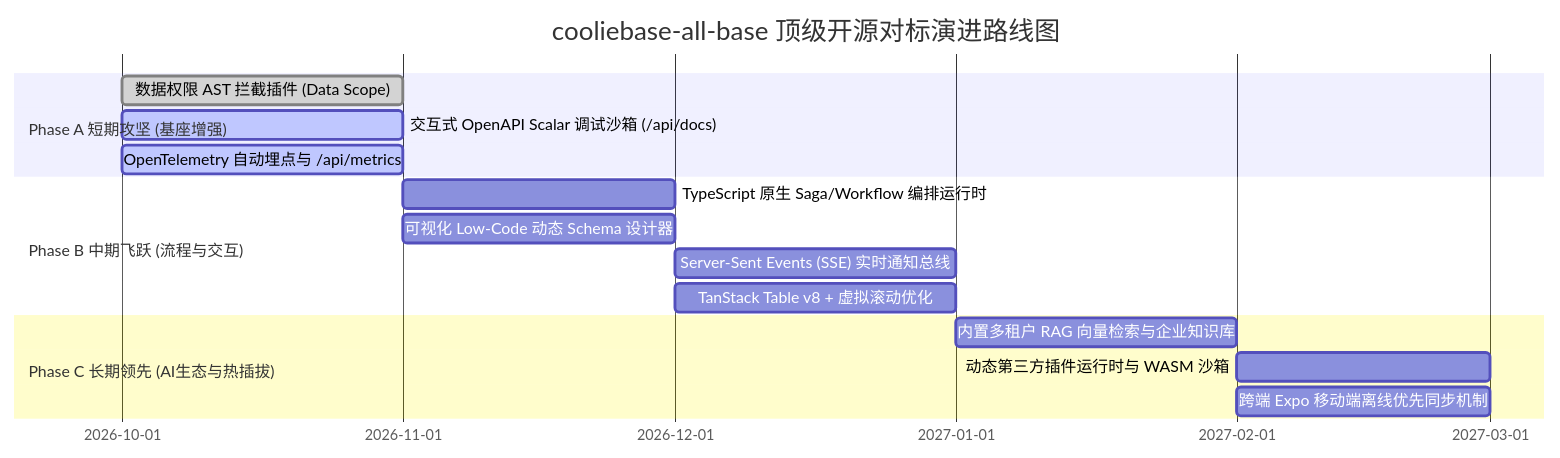
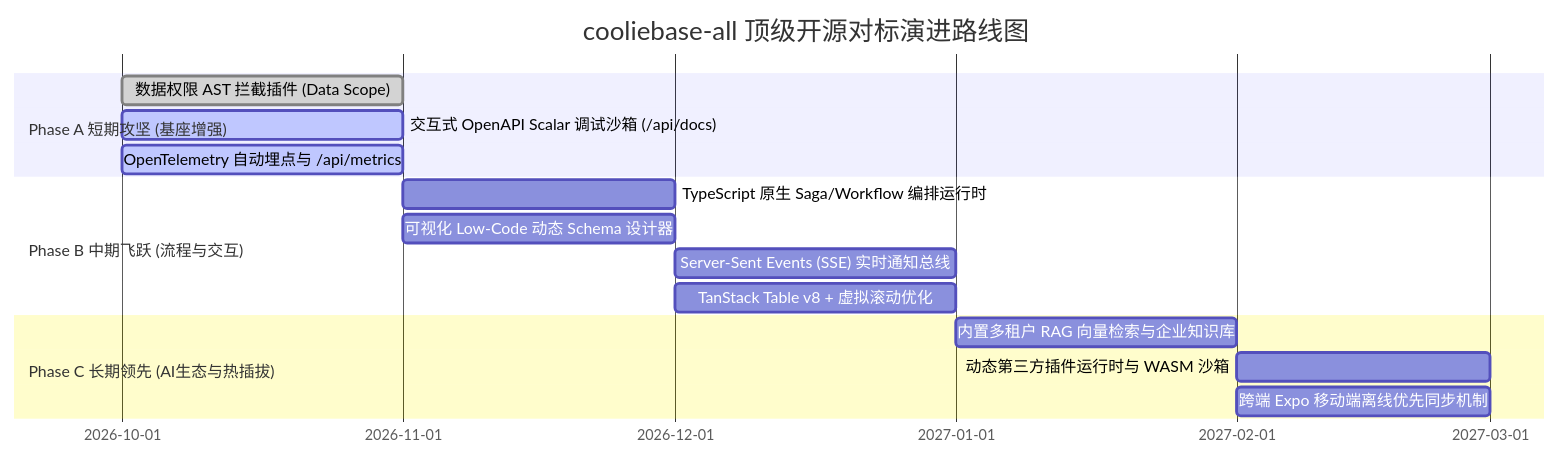
Before and after one commit to xaicd/cooliebase-all: the second of 2 diagrams in docs/architecture/BENCHMARK-GAP-ANALYSIS-AND-CONTINUOUS-IMPROVEMENT.md, drawn with Mermaid. The commit also changed other lines of this file and 188 other files, not shown here.

````diff
--- a/docs/architecture/BENCHMARK-GAP-ANALYSIS-AND-CONTINUOUS-IMPROVEMENT.md
+++ b/docs/architecture/BENCHMARK-GAP-ANALYSIS-AND-CONTINUOUS-IMPROVEMENT.md
@@ -118,18 +118,18 @@
 ```mermaid
 gantt
-    title cooliebase-all-base 顶级开源对标演进路线图
+    title cooliebase-all 顶级开源对标演进路线图
     dateFormat  YYYY-MM
     section Phase A 短期攻坚 (基座增强)
     数据权限 AST 拦截插件 (Data Scope)     :done, p1, 2026-10, 2026-11
     交互式 OpenAPI Scalar 调试沙箱 (/api/docs) :active, p2, 2026-10, 2026-11
     OpenTelemetry 自动埋点与 /api/metrics   :active, p3, 2026-10, 2026-11
     section Phase B 中期飞跃 (流程与交互)
     TypeScript 原生 Saga/Workflow 编排运行时  :p4, 2026-11, 2026-12
     可视化 Low-Code 动态 Schema 设计器       :p5, 2026-11, 2026-12
     Server-Sent Events (SSE) 实时通知总线   :p6, 2026-12, 2027-01
     TanStack Table v8 + 虚拟滚动优化        :p7, 2026-12, 2027-01
     section Phase C 长期领先 (AI生态与热插拔)
     内置多租户 RAG 向量检索与企业知识库     :p8, 2027-01, 2027-02
     动态第三方插件运行时与 WASM 沙箱        :p9, 2027-02, 2027-03
     跨端 Expo 移动端离线优先同步机制         :p10, 2027-02, 2027-03
 ```
````
